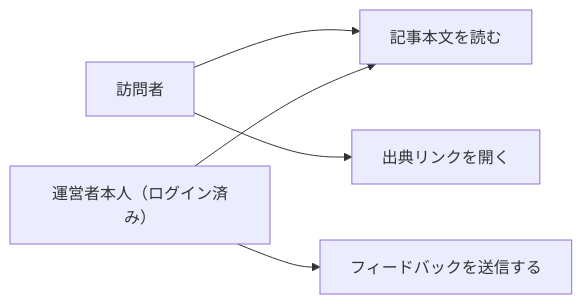
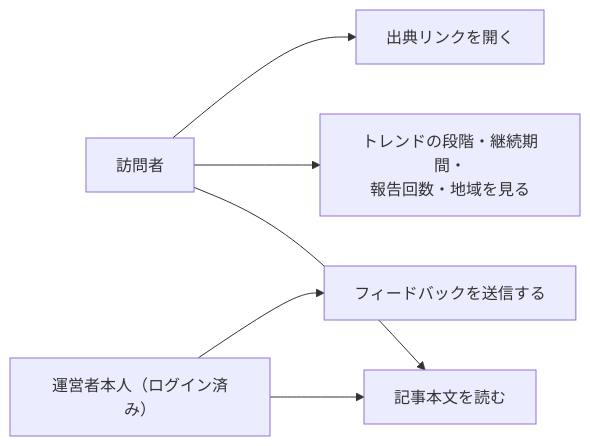
The diagram in specs/trend-digest/article-detail/requirements.md (zakiyama0108/benriyatool), drawn with Mermaid before and after one commit. The commit also changed other lines of this file and 15 other files, not shown here.

````diff
--- a/specs/trend-digest/article-detail/requirements.md
+++ b/specs/trend-digest/article-detail/requirements.md
@@ -17,13 +22,15 @@
 ```mermaid
 flowchart LR
     visitor["訪問者"]
     admin["運営者本人（ログイン済み）"]
     readArticle["記事本文を読む"]
+    readStatus["トレンドの段階・継続期間・<br>報告回数・地域を見る"]
     openSource["出典リンクを開く"]
     sendFeedback["フィードバックを送信する"]
 
     visitor --> readArticle
+    visitor --> readStatus
     visitor --> openSource
     admin --> readArticle
     admin --> sendFeedback
 ```
````
